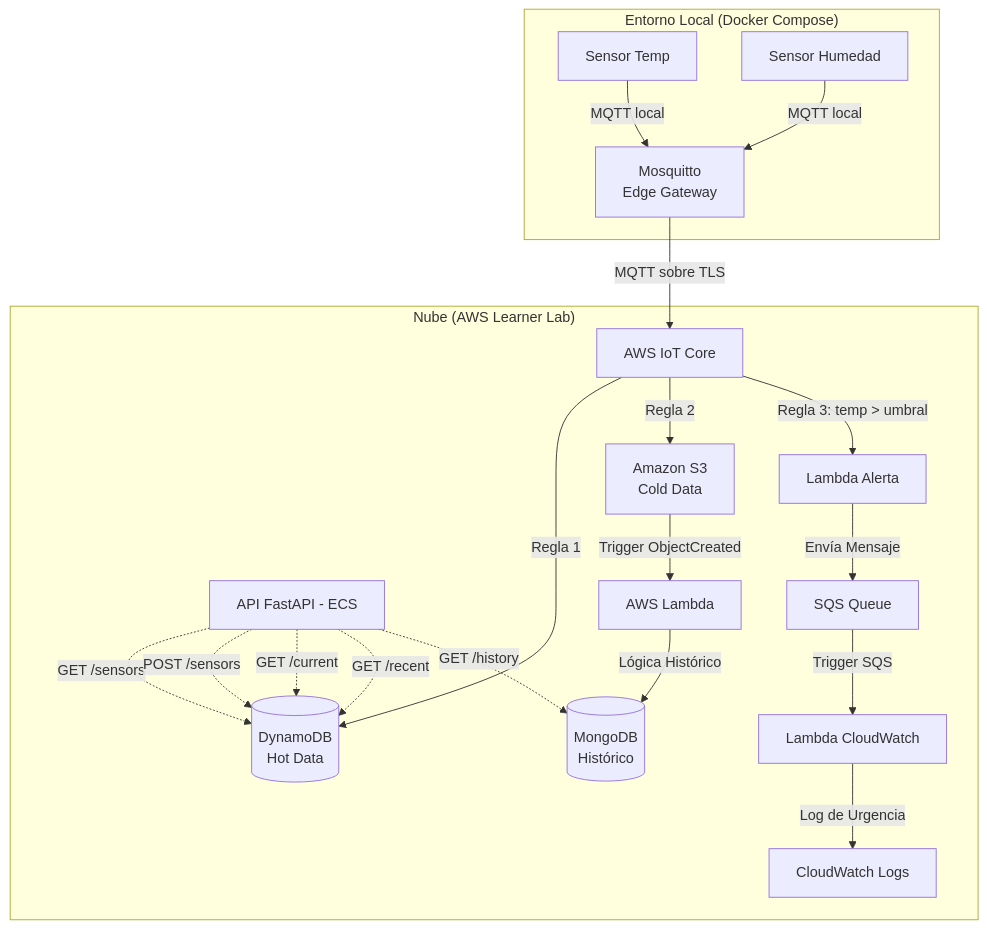
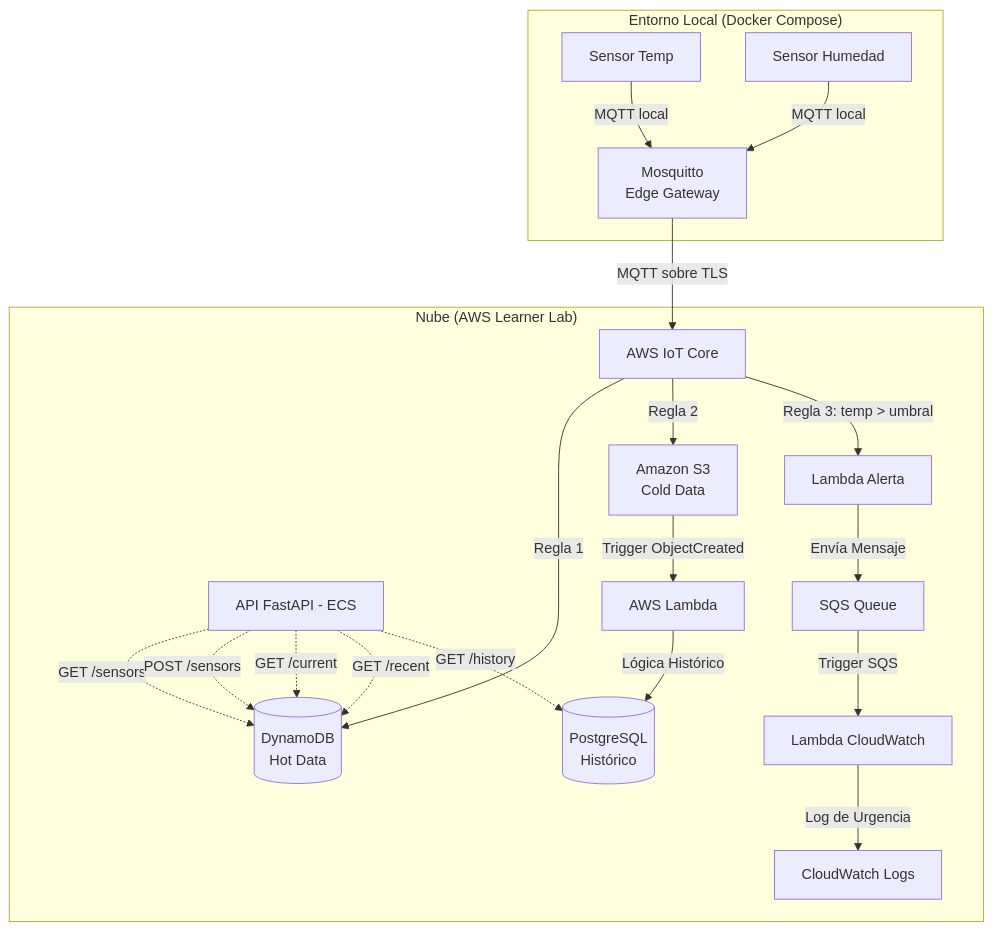
One commit to SebasEE77/Final_IoT_Project changed the second of 2 diagrams in README.md. Above: the diagram before and after it, drawn with Mermaid. The commit also changed other lines of this file, not shown here.

Commit message:
Actualizacion del ReadMe

````diff
--- a/README.md
+++ b/README.md
@@ -36,30 +36,30 @@
 ```mermaid
 graph TD
     subgraph "Entorno Local (Docker Compose)"
         S1[Sensor Temp] -->|MQTT local| M[Mosquitto\nEdge Gateway]
         S2[Sensor Humedad] -->|MQTT local| M
 
     end
 
     subgraph "Nube (AWS Learner Lab)"
         API[API FastAPI - ECS]
         M -->|MQTT sobre TLS| IOT[AWS IoT Core]
         
         IOT -->|Regla 1| DDB[(DynamoDB\nHot Data)]
         IOT -->|Regla 2| S3[Amazon S3\nCold Data]
         IOT -->|Regla 3: temp > umbral| L1[Lambda Alerta]
         
         L1 -->|Envía Mensaje| Q[SQS Queue]
         Q -->|Trigger SQS| L2[Lambda CloudWatch]
         L2 -->|Log de Urgencia| CW[CloudWatch Logs]
         
         S3 -->|Trigger ObjectCreated| L[AWS Lambda]
-        L -->|Lógica Histórico| MongoDB[(MongoDB\nHistórico)]
+        L -->|Lógica Histórico| MongoDB[(PostgreSQL\nHistórico)]
     end
 
     API -.->|GET /sensors| DDB
     API -.->|POST /sensors| DDB
     API -.->|GET /current| DDB
     API -.->|GET /recent| DDB
     API -.->|GET /history| MongoDB
 ```
````
